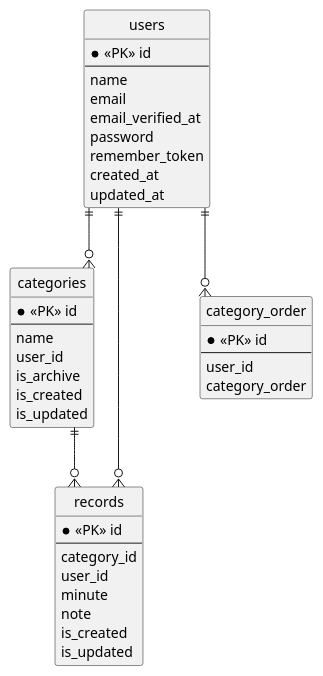
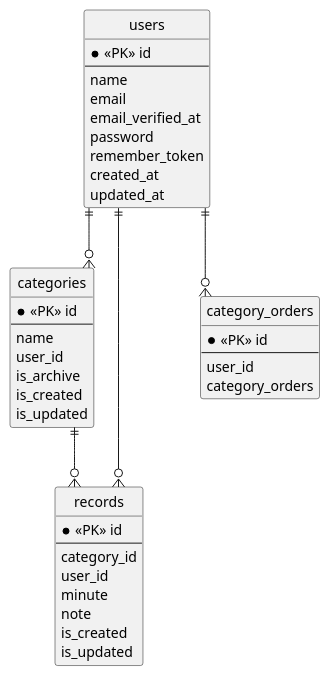
One commit to nakajima97/laravel-learning-record-app-v2 changed the diagram in document/er-figure.pu. Above: the diagram before and after it, drawn with PlantUML.

Commit message:
#83 他のテーブルと合わせて複数形にした

```diff
--- a/document/er-figure.pu
+++ b/document/er-figure.pu
@@ -1,50 +1,50 @@
 @startuml er-figure
 hide circle
 skinparam linetype ortho
 
 entity "users" as users {
   * <<PK>> id
   --
   name
   email
   email_verified_at
   password
   remember_token
   created_at
   updated_at
 }
 
 entity "categories" as categories {
     * <<PK>> id
     --
     name
     user_id
     is_archive
     is_created
     is_updated
 }
 
 entity "records" as records {
     * <<PK>> id
     --
     category_id
     user_id
     minute
     note
     is_created
     is_updated
 }
 
-entity "category_order" as category_order {
+entity "category_orders" as category_orders {
     * <<PK>> id
     --
     user_id
-    category_order
+    category_orders
 }
 
 users ||--o{ categories
 users ||--o{ records
-users ||--o{ category_order
+users ||--o{ category_orders
 categories ||--o{ records
 
 @enduml
```
